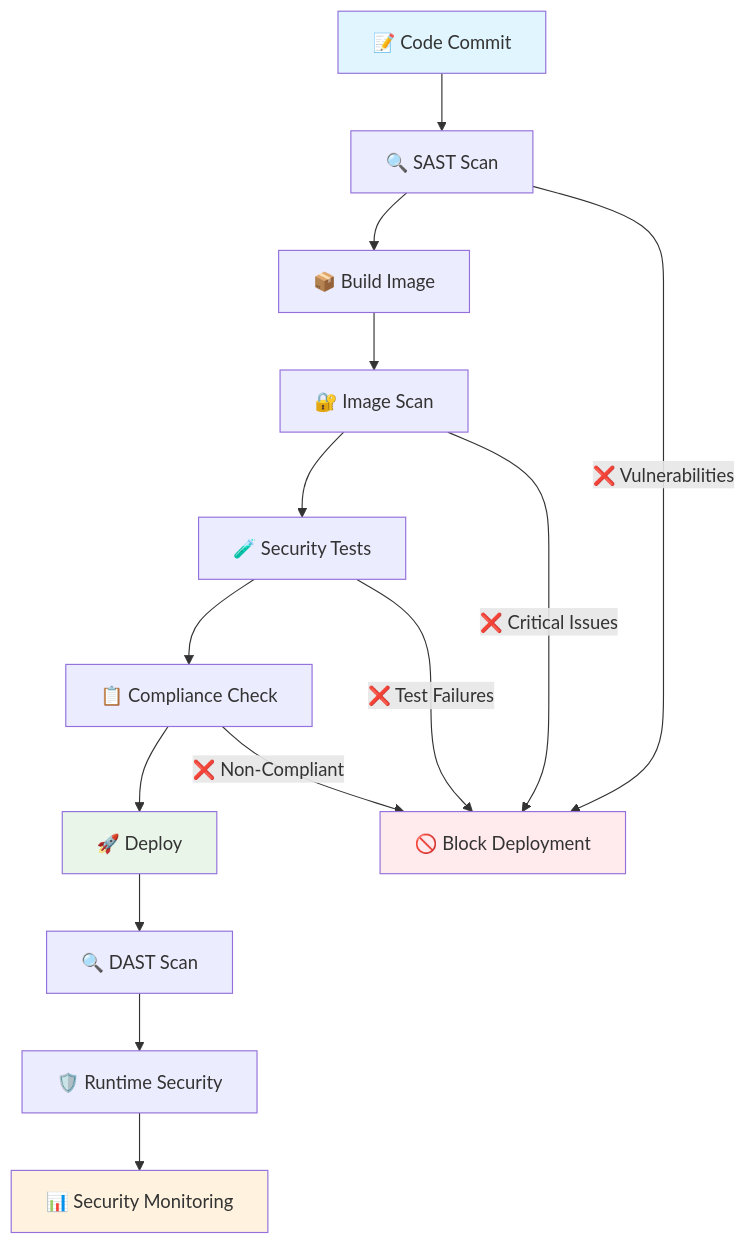
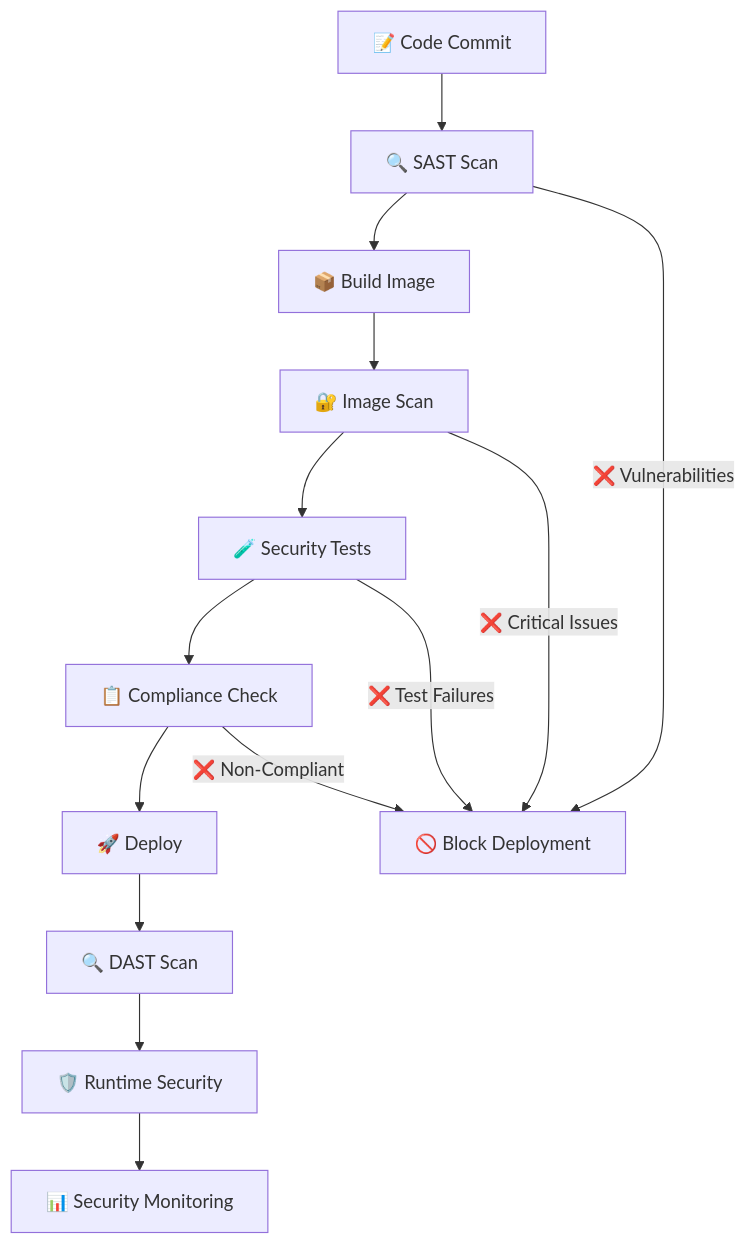
One commit to neKamita/Mirza-Telegram-Shop-Bot changed the tenth of 10 diagrams in docs/DEPLOYMENT.md. Above: the diagram before and after it, drawn with Mermaid. The commit also changed other lines of this file and 2 other files, not shown here.

````diff
--- a/docs/DEPLOYMENT.md
+++ b/docs/DEPLOYMENT.md
@@ -381,23 +356,19 @@
 ```mermaid
 flowchart TD
     A[📝 Code Commit] --> B[🔍 SAST Scan]
     B --> C[📦 Build Image]
     C --> D[🔐 Image Scan]
     D --> E[🧪 Security Tests]
     E --> F[📋 Compliance Check]
     F --> G[🚀 Deploy]
     
     G --> H[🔍 DAST Scan]
     H --> I[🛡️ Runtime Security]
     I --> J[📊 Security Monitoring]
     
     B -->|❌ Vulnerabilities| K[🚫 Block Deployment]
     D -->|❌ Critical Issues| K
     E -->|❌ Test Failures| K
     F -->|❌ Non-Compliant| K
     
-    style A fill:#e1f5fe
-    style G fill:#e8f5e8
-    style K fill:#ffebee
-    style J fill:#fff3e0
 ```
````
